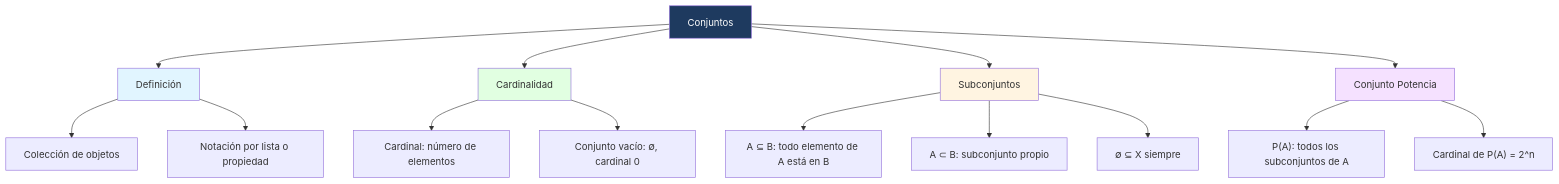
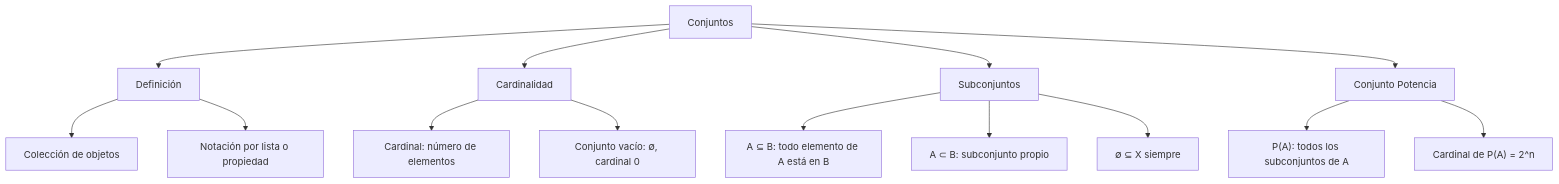
One commit to Fsteven22/Notas-de-Universidad-Freddy-Sanchez- changed the diagram in Universidad/3er Semestre/Matemáticas Discretas/Unidad 1 - Logica y Conjuntos/IV - Teoría de Conjuntos/01 - Conjuntos, Cardinalidad y Subconjuntos.md. Above: the diagram before and after it, drawn with Mermaid. The commit also changed other lines of this file and 1424 other files, not shown here.

````diff
--- a/Universidad/3er Semestre/Matemáticas Discretas/Unidad 1 - Logica y Conjuntos/IV - Teoría de Conjuntos/01 - Conjuntos, Cardinalidad y Subconjuntos.md
+++ b/Universidad/3er Semestre/Matemáticas Discretas/Unidad 1 - Logica y Conjuntos/IV - Teoría de Conjuntos/01 - Conjuntos, Cardinalidad y Subconjuntos.md
@@ -221,26 +220,21 @@
 ```mermaid
 graph TD
     A[Conjuntos] --> B[Definición]
     A --> C[Cardinalidad]
     A --> D[Subconjuntos]
     A --> E[Conjunto Potencia]
 
     B --> B1[Colección de objetos]
     B --> B2[Notación por lista o propiedad]
 
     C --> C1["Cardinal: número de elementos"]
     C --> C2["Conjunto vacío: ∅, cardinal 0"]
 
     D --> D1["A ⊆ B: todo elemento de A está en B"]
     D --> D2["A ⊂ B: subconjunto propio"]
     D --> D3["∅ ⊆ X siempre"]
 
     E --> E1["P(A): todos los subconjuntos de A"]
     E --> E2["Cardinal de P(A) = 2^n"]
 
-    style A fill:#1e3a5f,color:#fff
-    style B fill:#e1f5ff
-    style C fill:#e1ffe1
-    style D fill:#fff4e1
-    style E fill:#f5e1ff
 ```
````
